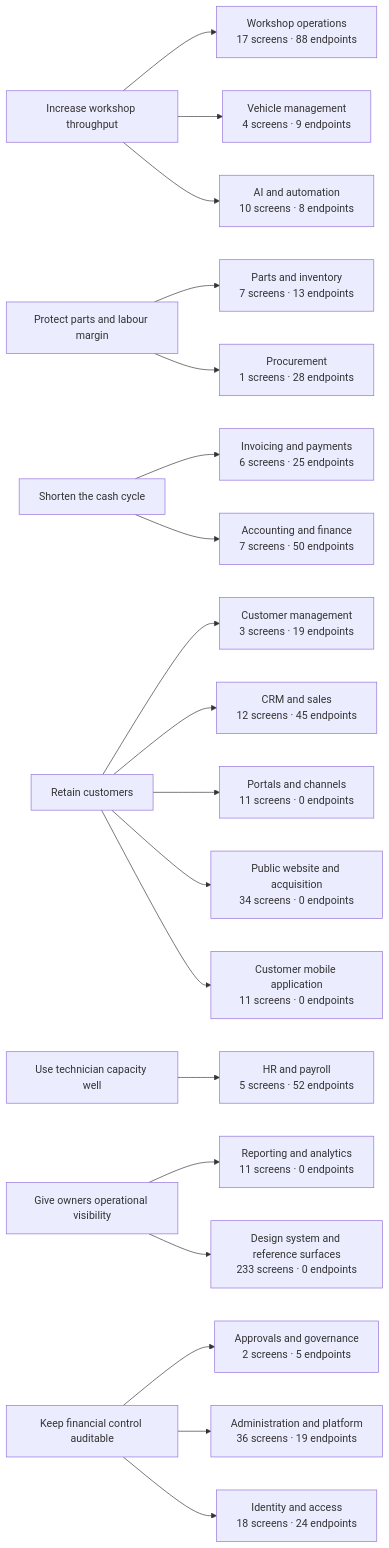
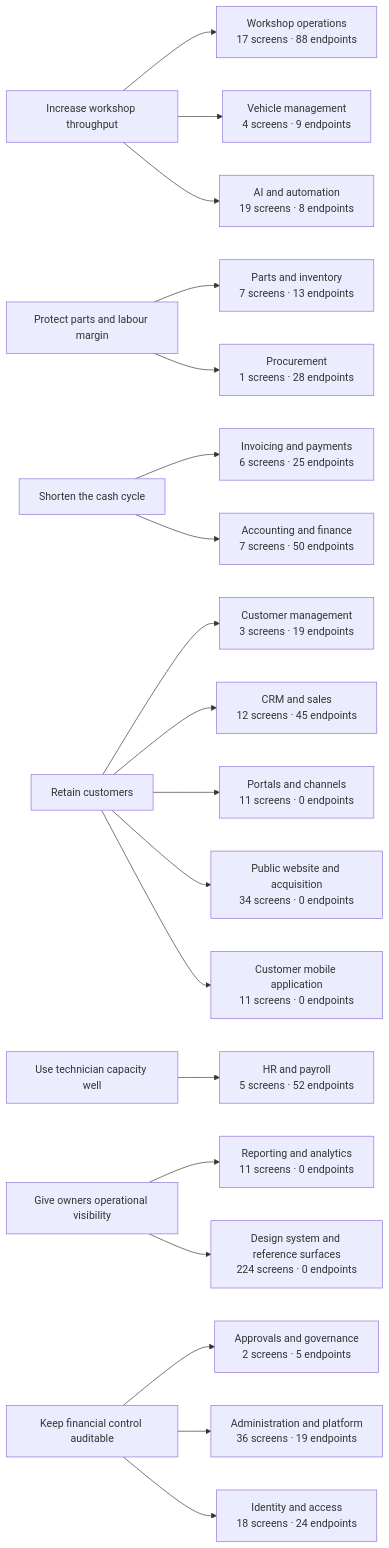
Before and after one commit to tazamohd/SlClNe: the diagram in docs/07_BUSINESS_ANALYSIS/BUSINESS_CAPABILITY_MAP.md, drawn with Mermaid. The commit also changed other lines of this file and 28 other files, not shown here.

````diff
--- a/docs/07_BUSINESS_ANALYSIS/BUSINESS_CAPABILITY_MAP.md
+++ b/docs/07_BUSINESS_ANALYSIS/BUSINESS_CAPABILITY_MAP.md
@@ -22,46 +22,46 @@
 ```mermaid
 flowchart LR
   OBJ_THROUGHPUT["Increase workshop throughput"]
   OBJ_MARGIN["Protect parts and labour margin"]
   OBJ_CASH["Shorten the cash cycle"]
   OBJ_RETENTION["Retain customers"]
   OBJ_CAPACITY["Use technician capacity well"]
   OBJ_VISIBILITY["Give owners operational visibility"]
   OBJ_CONTROL["Keep financial control auditable"]
   CAP_WORKSHOP["Workshop operations<br/>17 screens · 88 endpoints"]
   OBJ_THROUGHPUT --> CAP_WORKSHOP
   CAP_CUSTOMERS["Customer management<br/>3 screens · 19 endpoints"]
   OBJ_RETENTION --> CAP_CUSTOMERS
   CAP_VEHICLES["Vehicle management<br/>4 screens · 9 endpoints"]
   OBJ_THROUGHPUT --> CAP_VEHICLES
   CAP_INVENTORY["Parts and inventory<br/>7 screens · 13 endpoints"]
   OBJ_MARGIN --> CAP_INVENTORY
   CAP_PROCUREMENT["Procurement<br/>1 screens · 28 endpoints"]
   OBJ_MARGIN --> CAP_PROCUREMENT
   CAP_BILLING["Invoicing and payments<br/>6 screens · 25 endpoints"]
   OBJ_CASH --> CAP_BILLING
   CAP_ACCOUNTING["Accounting and finance<br/>7 screens · 50 endpoints"]
   OBJ_CASH --> CAP_ACCOUNTING
   CAP_HR["HR and payroll<br/>5 screens · 52 endpoints"]
   OBJ_CAPACITY --> CAP_HR
   CAP_CRM["CRM and sales<br/>12 screens · 45 endpoints"]
   OBJ_RETENTION --> CAP_CRM
   CAP_REPORTING["Reporting and analytics<br/>11 screens · 0 endpoints"]
   OBJ_VISIBILITY --> CAP_REPORTING
   CAP_GOVERNANCE["Approvals and governance<br/>2 screens · 5 endpoints"]
   OBJ_CONTROL --> CAP_GOVERNANCE
   CAP_PORTALS["Portals and channels<br/>11 screens · 0 endpoints"]
   OBJ_RETENTION --> CAP_PORTALS
-  CAP_AI["AI and automation<br/>10 screens · 8 endpoints"]
+  CAP_AI["AI and automation<br/>19 screens · 8 endpoints"]
   OBJ_THROUGHPUT --> CAP_AI
   CAP_PLATFORM["Administration and platform<br/>36 screens · 19 endpoints"]
   OBJ_CONTROL --> CAP_PLATFORM
   CAP_IDENTITY["Identity and access<br/>18 screens · 24 endpoints"]
   OBJ_CONTROL --> CAP_IDENTITY
   CAP_WEBSITE["Public website and acquisition<br/>34 screens · 0 endpoints"]
   OBJ_RETENTION --> CAP_WEBSITE
   CAP_CUSTOMERAPP["Customer mobile application<br/>11 screens · 0 endpoints"]
   OBJ_RETENTION --> CAP_CUSTOMERAPP
-  CAP_DESIGNSYSTEM["Design system and reference surfaces<br/>233 screens · 0 endpoints"]
+  CAP_DESIGNSYSTEM["Design system and reference surfaces<br/>224 screens · 0 endpoints"]
   OBJ_VISIBILITY --> CAP_DESIGNSYSTEM
 ```
````
